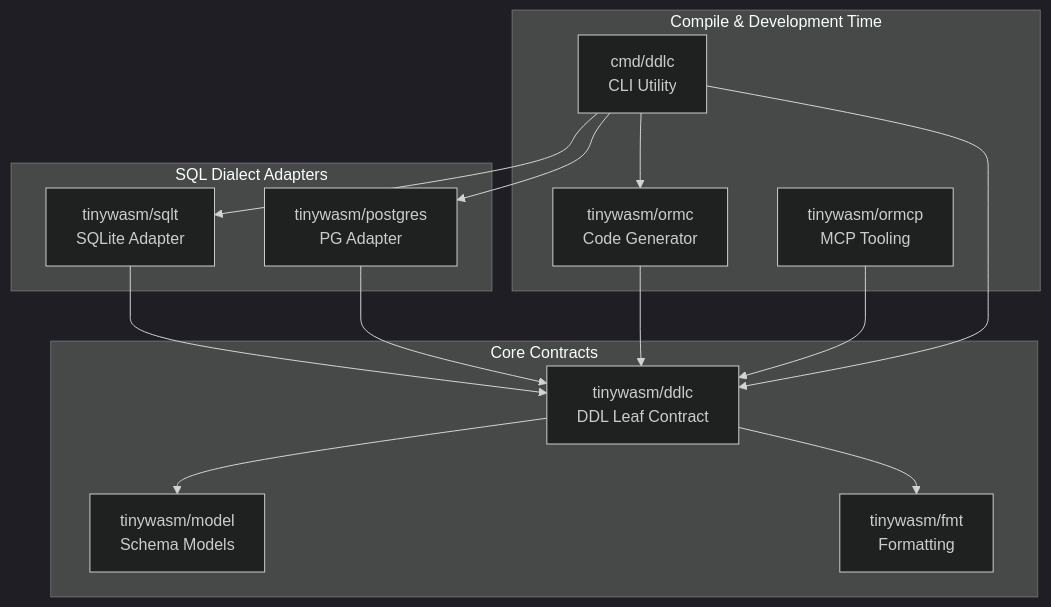
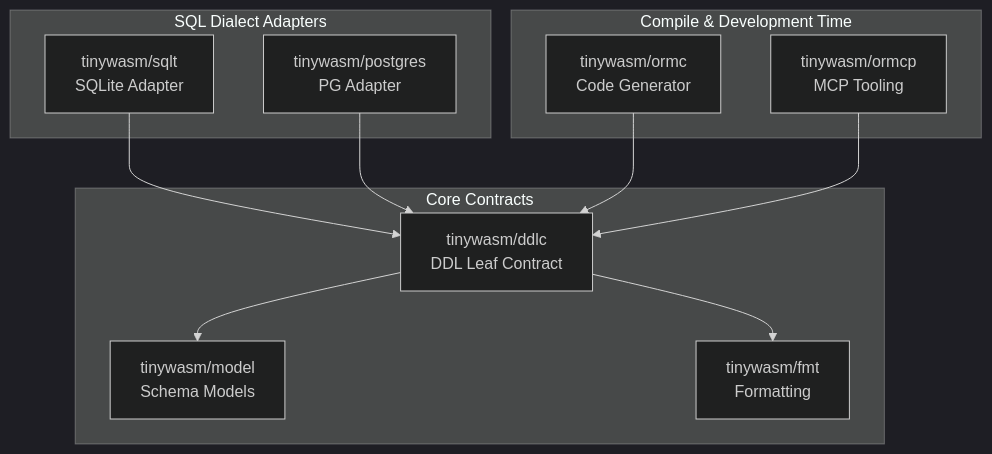
Before and after one commit to tinywasm/ddlc: the diagram in docs/ARCHITECTURE.md, drawn with Mermaid (dark theme). The commit also changed 7 other files, not shown here.

Commit message:
chore: remove cmd/ddlc to prevent dependency cycles

````diff
--- a/docs/ARCHITECTURE.md
+++ b/docs/ARCHITECTURE.md
@@ -18,33 +18,27 @@
 ```mermaid
 flowchart TD
     subgraph Tooling [Compile & Development Time]
         ormc[tinywasm/ormc <br> Code Generator]
         ormcp[tinywasm/ormcp <br> MCP Tooling]
-        cli[cmd/ddlc <br> CLI Utility]
     end
 
     subgraph Adapters [SQL Dialect Adapters]
         sqlt[tinywasm/sqlt <br> SQLite Adapter]
         postgres[tinywasm/postgres <br> PG Adapter]
     end
 
     subgraph Core [Core Contracts]
         ddlc[tinywasm/ddlc <br> DDL Leaf Contract]
         model[tinywasm/model <br> Schema Models]
         fmt[tinywasm/fmt <br> Formatting]
     end
 
     %% Dependency Arrows
     sqlt --> ddlc
     postgres --> ddlc
     ormc --> ddlc
     ormcp --> ddlc
-    
-    cli --> ormc
-    cli --> sqlt
-    cli --> postgres
-    cli --> ddlc
 
     ddlc --> model
     ddlc --> fmt
 ```
````
